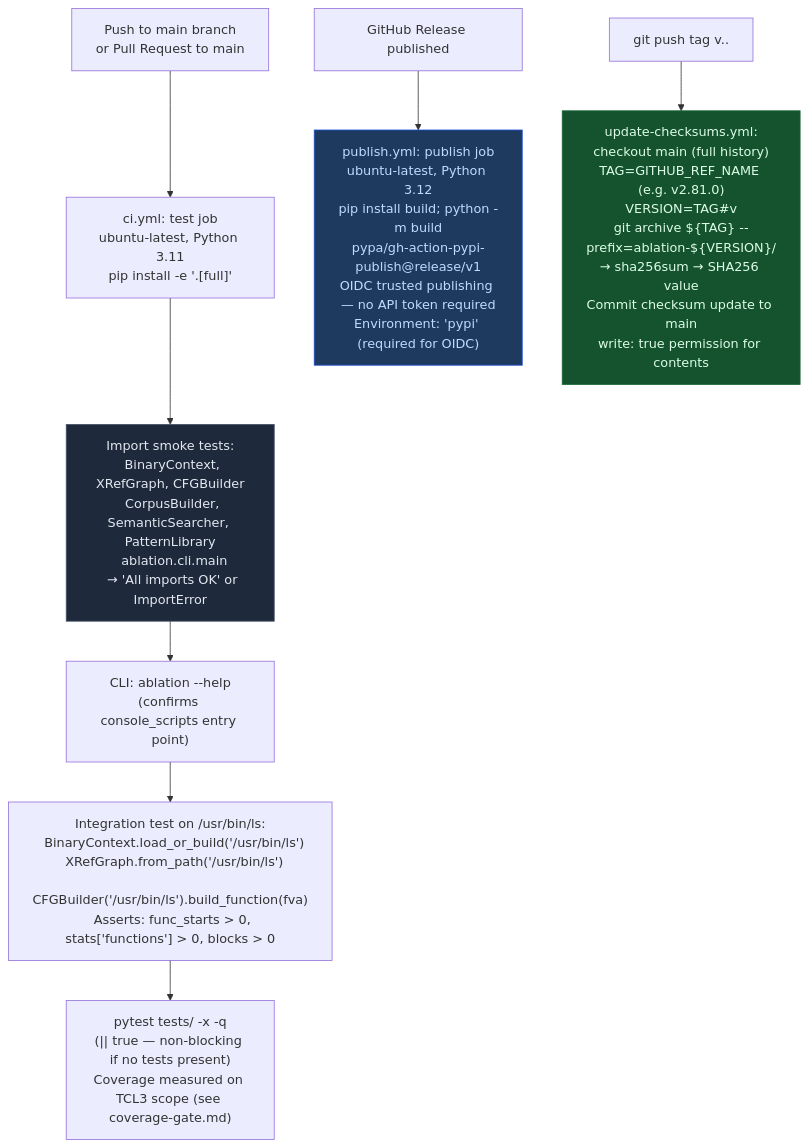
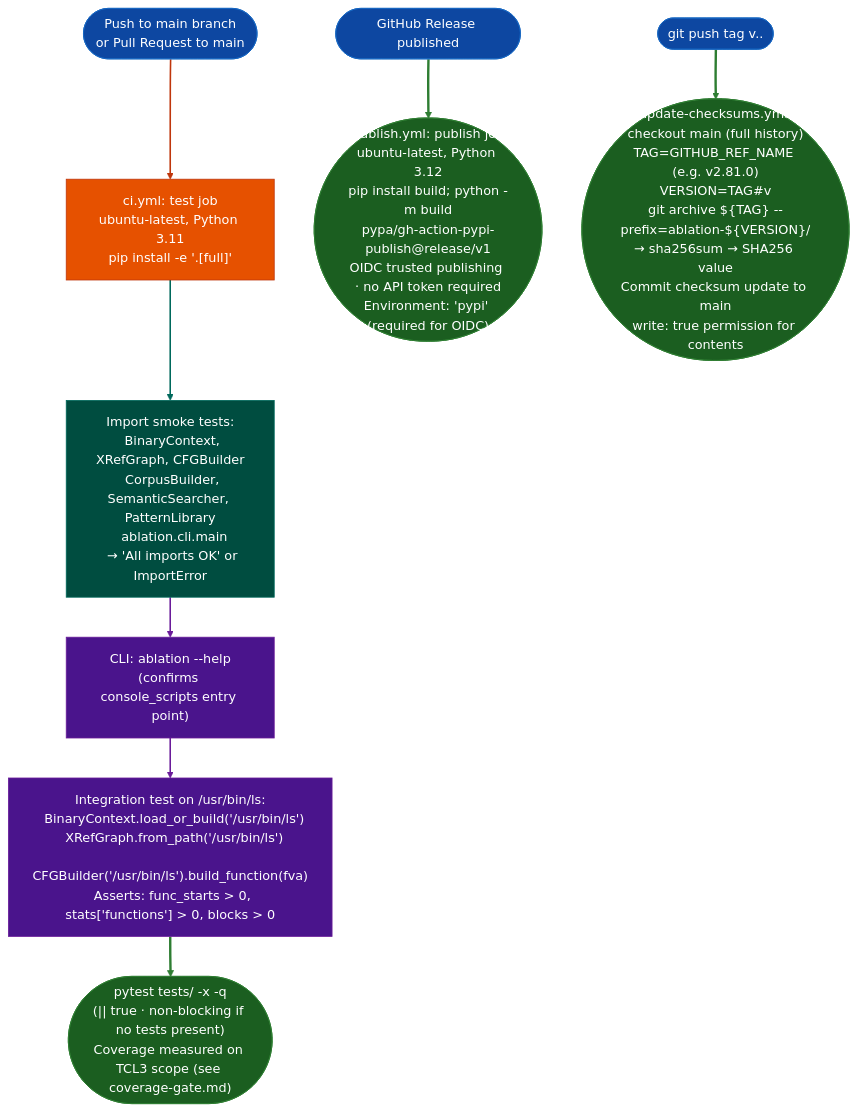
Before and after one commit to Ablation-Tool/ablation: the diagram in docs/reference-modules/ci-and-release-automation.md, drawn with Mermaid. The commit also changed 320 other files, not shown here.

First line of the commit message:
docs: apply canonical Mermaid template to all 321 diagrams

````diff
--- a/docs/reference-modules/ci-and-release-automation.md
+++ b/docs/reference-modules/ci-and-release-automation.md
@@ -19,16 +19,25 @@
 ```mermaid
 flowchart TD
-    A["Push to main branch\nor Pull Request to main"] --> B["ci.yml: test job\nubuntu-latest, Python 3.11\npip install -e '.[full]'"]
-    B --> C["Import smoke tests:\n  BinaryContext, XRefGraph, CFGBuilder\n  CorpusBuilder, SemanticSearcher, PatternLibrary\n  ablation.cli.main\n  → 'All imports OK' or ImportError"]
-    C --> D["CLI: ablation --help\n(confirms console_scripts entry point)"]
-    D --> E["Integration test on /usr/bin/ls:\n  BinaryContext.load_or_build('/usr/bin/ls')\n  XRefGraph.from_path('/usr/bin/ls')\n  CFGBuilder('/usr/bin/ls').build_function(fva)\n  Asserts: func_starts > 0, stats['functions'] > 0, blocks > 0"]
-    E --> F["pytest tests/ -x -q\n(|| true — non-blocking if no tests present)\nCoverage measured on TCL3 scope (see coverage-gate.md)"]
+    A(["Push to main branch\nor Pull Request to main"]):::input --> B["ci.yml: test job\nubuntu-latest, Python 3.11\npip install -e '.[full]'"]:::primary
+    B:::primary --> C["Import smoke tests:\n  BinaryContext, XRefGraph, CFGBuilder\n  CorpusBuilder, SemanticSearcher, PatternLibrary\n  ablation.cli.main\n  → 'All imports OK' or ImportError"]:::secondary
+    C:::secondary --> D["CLI: ablation --help\n(confirms console_scripts entry point)"]:::tertiary
+    D:::tertiary --> E["Integration test on /usr/bin/ls:\n  BinaryContext.load_or_build('/usr/bin/ls')\n  XRefGraph.from_path('/usr/bin/ls')\n  CFGBuilder('/usr/bin/ls').build_function(fva)\n  Asserts: func_starts > 0, stats['functions'] > 0, blocks > 0"]:::tertiary
+    E:::tertiary --> F(["pytest tests/ -x -q\n(|| true · non-blocking if no tests present)\nCoverage measured on TCL3 scope (see coverage-gate.md)"]):::output
 
-    G["GitHub Release published"] --> H["publish.yml: publish job\nubuntu-latest, Python 3.12\npip install build; python -m build\npypa/gh-action-pypi-publish@release/v1\nOIDC trusted publishing — no API token required\nEnvironment: 'pypi' (required for OIDC)"]
+    G(["GitHub Release published"]):::input --> H(["publish.yml: publish job\nubuntu-latest, Python 3.12\npip install build; python -m build\npypa/gh-action-pypi-publish@release/v1\nOIDC trusted publishing · no API token required\nEnvironment: 'pypi' (required for OIDC)"]):::output
 
-    I["git push tag v<major>.<minor>.<patch>"] --> J["update-checksums.yml:\ncheckout main (full history)\nTAG=GITHUB_REF_NAME (e.g. v2.81.0)\nVERSION=TAG#v\ngit archive ${TAG} --prefix=ablation-${VERSION}/\n→ sha256sum → SHA256 value\nCommit checksum update to main\nwrite: true permission for contents"]
-
-    style C fill:#1e293b,stroke:#475569,color:#e2e8f0
-    style H fill:#1e3a5f,stroke:#1d4ed8,color:#bfdbfe
-    style J fill:#14532d,stroke:#166534,color:#dcfce7
+    I(["git push tag v<major>.<minor>.<patch>"]):::input --> J(["update-checksums.yml:\ncheckout main (full history)\nTAG=GITHUB_REF_NAME (e.g. v2.81.0)\nVERSION=TAG#v\ngit archive ${TAG} --prefix=ablation-${VERSION}/\n→ sha256sum → SHA256 value\nCommit checksum update to main\nwrite: true permission for contents"]):::output
+    classDef input     fill:#0d47a1,stroke:#1565c0,color:#fff
+    classDef primary   fill:#e65100,stroke:#bf360c,color:#fff
+    classDef secondary fill:#004d40,stroke:#00695c,color:#fff
+    classDef tertiary  fill:#4a148c,stroke:#6a1b9a,color:#fff
+    classDef neutral   fill:#37474f,stroke:#546e7a,color:#fff
+    classDef output    fill:#1b5e20,stroke:#2e7d32,color:#fff
+    linkStyle 0 stroke:#bf360c,stroke-width:2px
+    linkStyle 1 stroke:#00695c,stroke-width:2px
+    linkStyle 2 stroke:#6a1b9a,stroke-width:2px
+    linkStyle 3 stroke:#6a1b9a,stroke-width:2px
+    linkStyle 4 stroke:#2e7d32,stroke-width:3px
+    linkStyle 5 stroke:#2e7d32,stroke-width:3px
+    linkStyle 6 stroke:#2e7d32,stroke-width:3px
 ```
````
